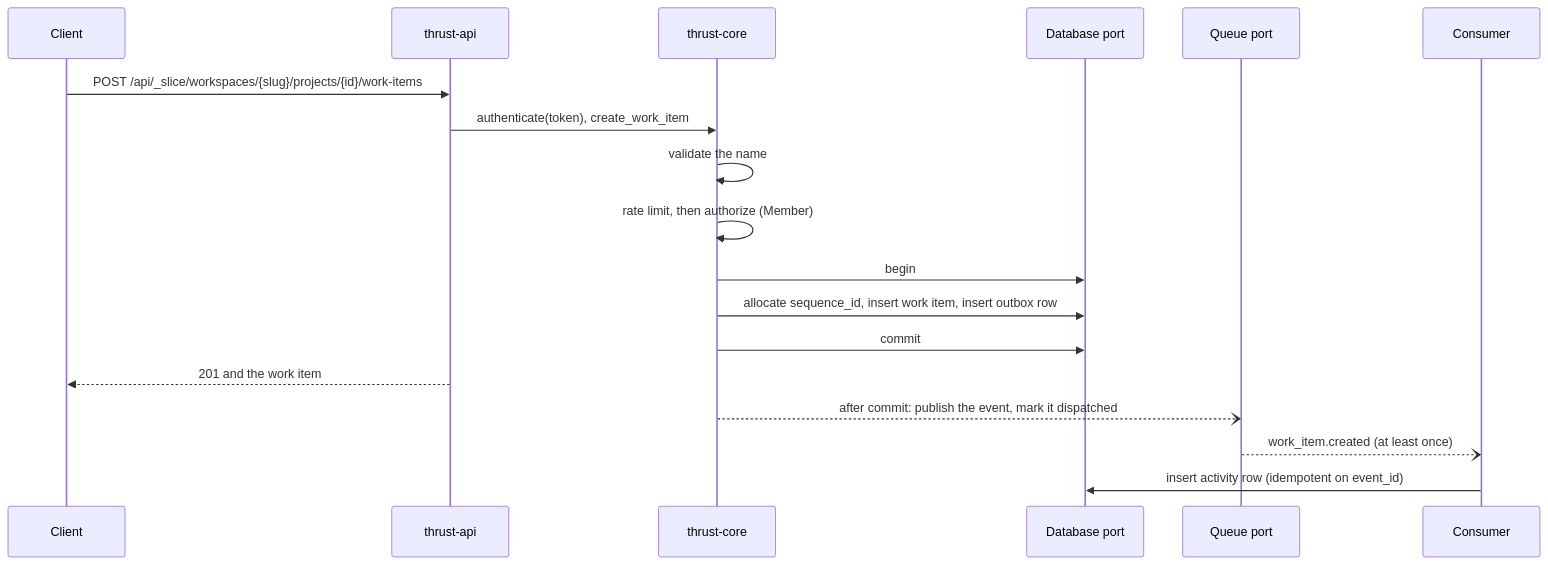
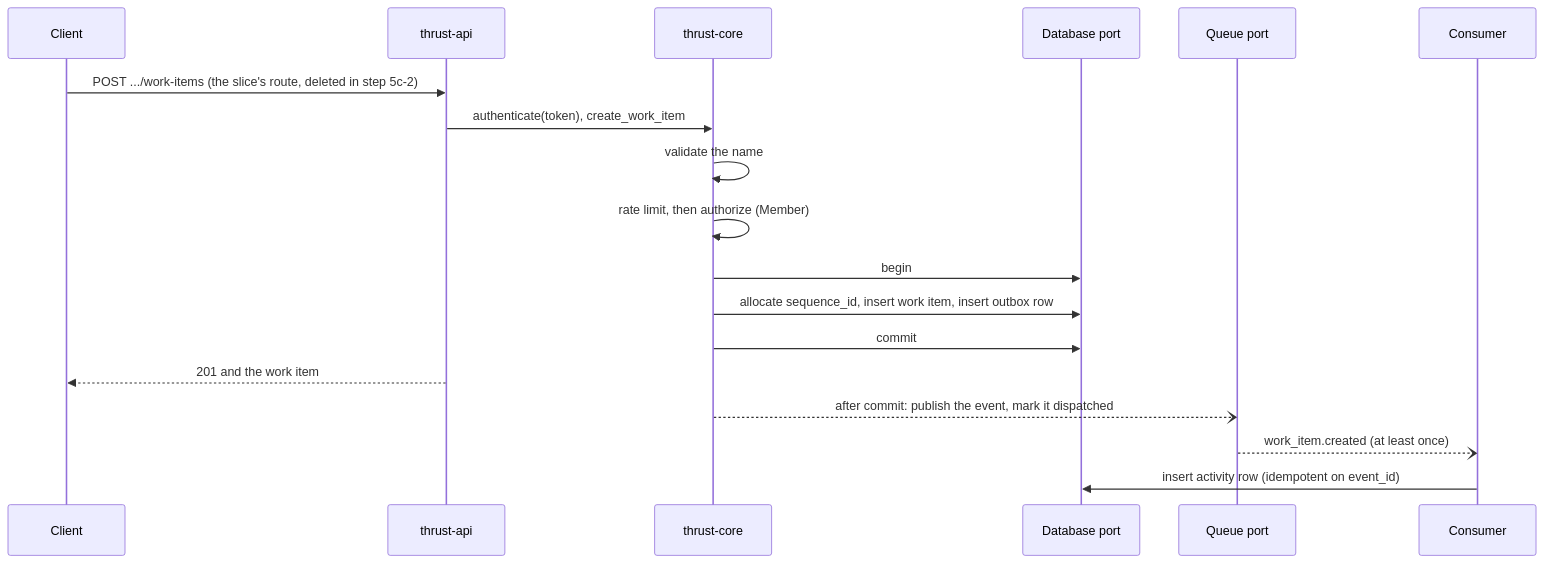
Before and after one commit to aRustyDev/thrust: the diagram in docs/src/flows/app.md, drawn with Mermaid. The commit also changed other lines of this file and 4 other files, not shown here.

````diff
--- a/docs/src/flows/app.md
+++ b/docs/src/flows/app.md
@@ -186,21 +190,21 @@
 ```mermaid
 sequenceDiagram
   participant C as Client
   participant A as thrust-api
   participant K as thrust-core
   participant D as Database port
   participant Q as Queue port
   participant E as Consumer
 
-  C->>A: POST /api/_slice/workspaces/{slug}/projects/{id}/work-items
+  C->>A: POST .../work-items (the slice's route, deleted in step 5c-2)
   A->>K: authenticate(token), create_work_item
   K->>K: validate the name
   K->>K: rate limit, then authorize (Member)
   K->>D: begin
   K->>D: allocate sequence_id, insert work item, insert outbox row
   K->>D: commit
   A-->>C: 201 and the work item
   K--)Q: after commit: publish the event, mark it dispatched
   Q--)E: work_item.created (at least once)
   E->>D: insert activity row (idempotent on event_id)
 ```
````
